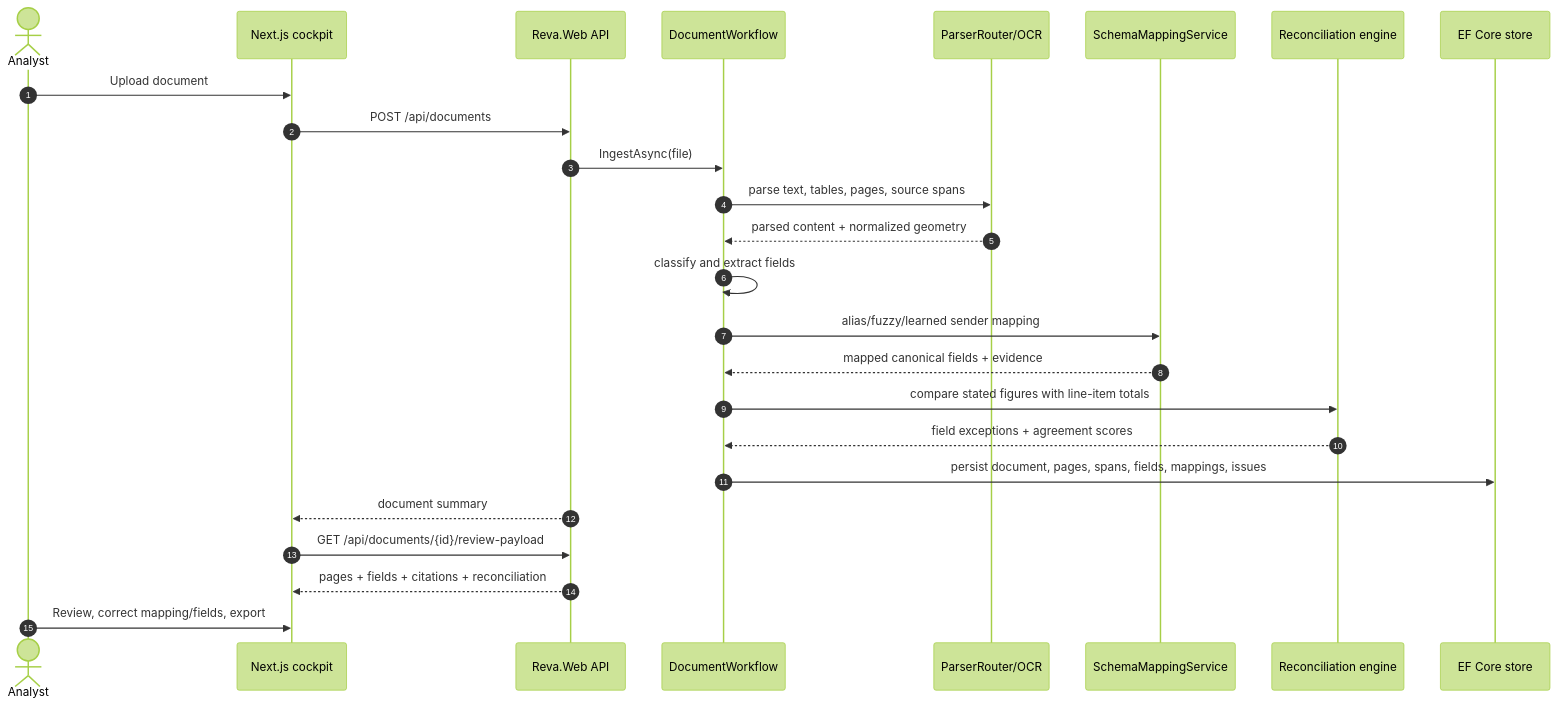
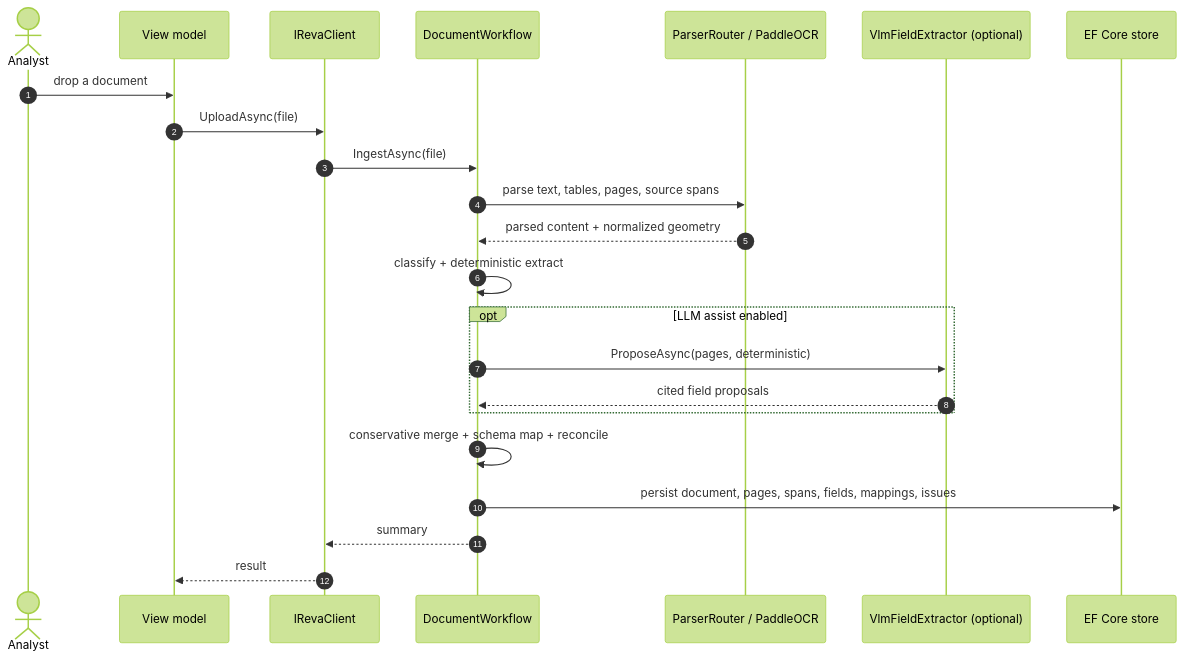
Before and after one commit to xt0n1-t3ch/Reva: the second of 3 diagrams in docs/architecture.md, drawn with Mermaid (forest theme). The commit also changed other lines of this file and 95 other files, not shown here.

First line of the commit message:
feat(app): Reva 2.0 — native Avalonia app, VLM-first pipeline, agentic copilot

````diff
--- a/docs/architecture.md
+++ b/docs/architecture.md
@@ -97,28 +67,26 @@
 ```mermaid
 sequenceDiagram
   autonumber
   actor Analyst
-  participant UI as Next.js cockpit
-  participant API as Reva.Web API
+  participant VM as View model
+  participant Client as IRevaClient
   participant Flow as DocumentWorkflow
-  participant Parse as ParserRouter/OCR
-  participant Map as SchemaMappingService
-  participant Rec as Reconciliation engine
+  participant Parse as ParserRouter / PaddleOCR
+  participant Vlm as VlmFieldExtractor (optional)
   participant DB as EF Core store
 
-  Analyst->>UI: Upload document
-  UI->>API: POST /api/documents
-  API->>Flow: IngestAsync(file)
+  Analyst->>VM: drop a document
+  VM->>Client: UploadAsync(file)
+  Client->>Flow: IngestAsync(file)
   Flow->>Parse: parse text, tables, pages, source spans
   Parse-->>Flow: parsed content + normalized geometry
-  Flow->>Flow: classify and extract fields
-  Flow->>Map: alias/fuzzy/learned sender mapping
-  Map-->>Flow: mapped canonical fields + evidence
-  Flow->>Rec: compare stated figures with line-item totals
-  Rec-->>Flow: field exceptions + agreement scores
+  Flow->>Flow: classify + deterministic extract
+  opt LLM assist enabled
+    Flow->>Vlm: ProposeAsync(pages, deterministic)
+    Vlm-->>Flow: cited field proposals
+  end
+  Flow->>Flow: conservative merge + schema map + reconcile
   Flow->>DB: persist document, pages, spans, fields, mappings, issues
-  API-->>UI: document summary
-  UI->>API: GET /api/documents/{id}/review-payload
-  API-->>UI: pages + fields + citations + reconciliation
-  Analyst->>UI: Review, correct mapping/fields, export
+  Flow-->>Client: summary
+  Client-->>VM: result
 ```
````
